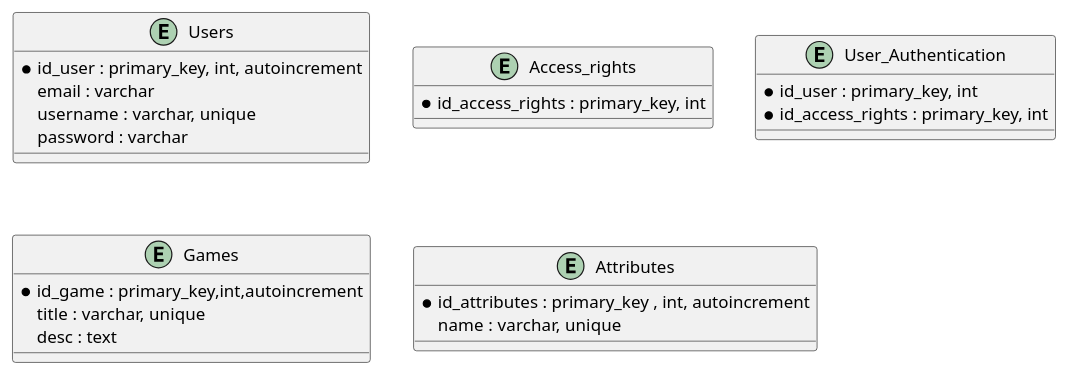
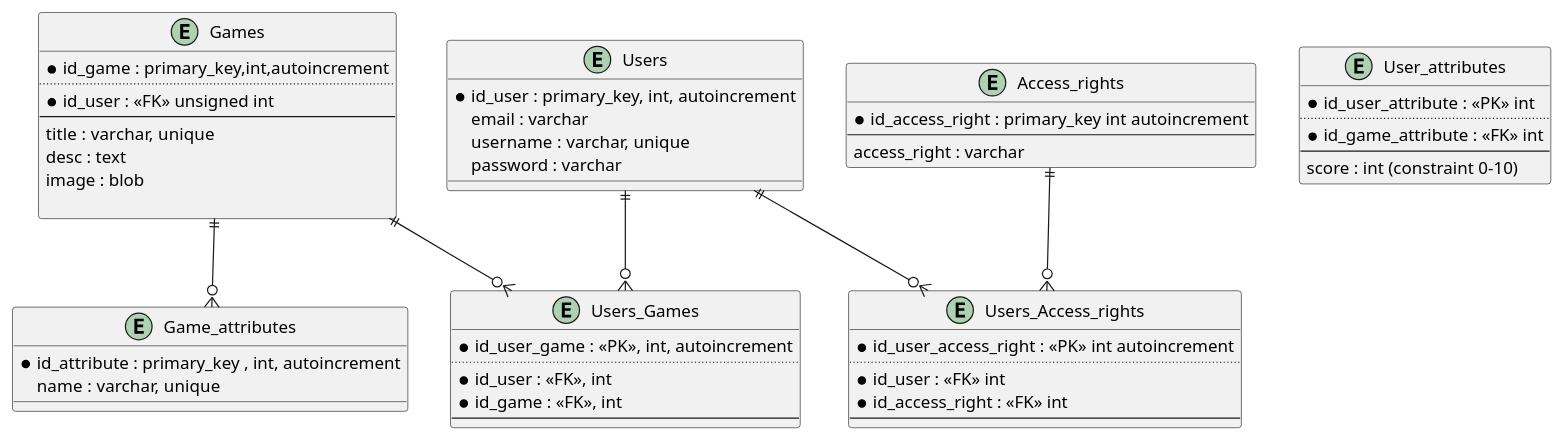
The diagram in erd/erd.puml (CZOLGOWUS/Playd), drawn with PlantUML before and after one commit. The commit also changed 11 other files, not shown here.

```diff
--- a/erd/erd.puml
+++ b/erd/erd.puml
@@ -1,43 +1,91 @@
 @startuml
 'https://plantuml.com/class-diagram
 
 entity Users
 {
     * id_user : primary_key, int, autoincrement
     email : varchar
     username : varchar, unique
     password : varchar
 }
 
-entity Access_rights
+entity User_attributes
 {
-    * id_access_rights : primary_key, int
-
+    * id_user_attribute : <<PK>> int
+    ..
+    * id_game_attribute : <<FK>> int
+    --
+    score : int (constraint 0-10)
 }
 
-entity User_Authentication
-{
-    * id_user : primary_key, int
-    * id_access_rights : primary_key, int
-}
 
 entity Games
 {
     * id_game : primary_key,int,autoincrement
+    ..
+    * id_user : <<FK>> unsigned int
+    --
     title : varchar, unique
     desc : text
+    image : blob
 
 }
 
-entity Attributes
+
+
+
+entity Users_Games
 {
-    * id_attributes : primary_key , int, autoincrement
+    * id_user_game : <<PK>>, int, autoincrement
+    ..
+    * id_user : <<FK>>, int
+    * id_game : <<FK>>, int
+    --
+}
+
+Users ||--o{ Users_Games
+Games ||--o{ Users_Games
+
+
+
+
+entity Game_attributes
+{
+    * id_attribute : primary_key , int, autoincrement
     name : varchar, unique
 }
+
+Games ||--o{ Game_attributes
+
+
+
+entity Access_rights
+{
+    * id_access_right : primary_key int autoincrement
+    --
+    access_right : varchar
+}
+
+
+
+entity Users_Access_rights
+{
+    * id_user_access_right : <<PK>> int autoincrement
+    ..
+    * id_user : <<FK>> int
+    * id_access_right : <<FK>> int
+    --
+}
+
+Users ||--o{ Users_Access_rights
+Access_rights ||--o{ Users_Access_rights
+
+
+
 
 
 
 
 
 
 @enduml
```
